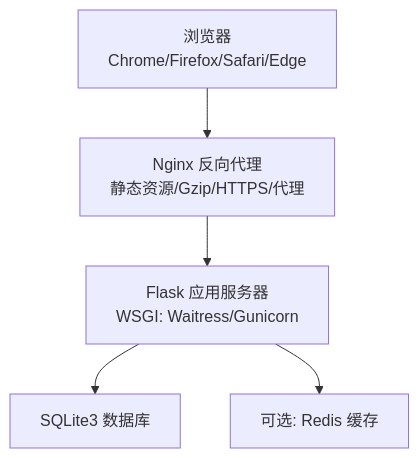
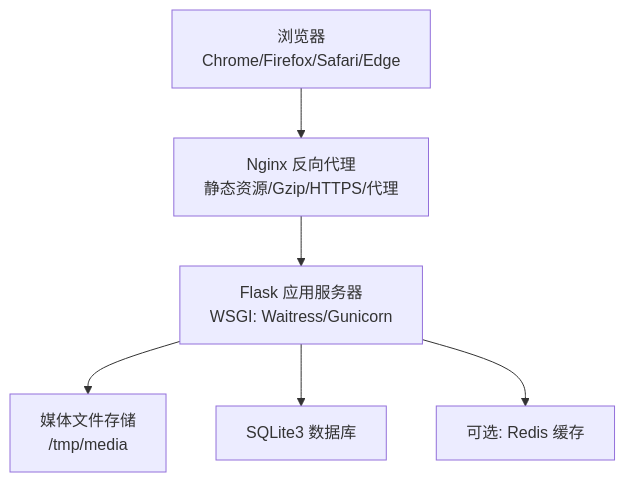
The first of 7 diagrams in .qoder/repowiki/zh/content/部署配置/Nginx反向代理配置.md (wyg5208/website_diy), drawn with Mermaid before and after one commit. The commit also changed other lines of this file and 17 other files, not shown here.

````diff
--- a/.qoder/repowiki/zh/content/部署配置/Nginx反向代理配置.md
+++ b/.qoder/repowiki/zh/content/部署配置/Nginx反向代理配置.md
@@ -35,7 +51,8 @@
 ```mermaid
 graph TB
 Browser["浏览器<br/>Chrome/Firefox/Safari/Edge"] --> Nginx["Nginx 反向代理<br/>静态资源/Gzip/HTTPS/代理"]
 Nginx --> Flask["Flask 应用服务器<br/>WSGI: Waitress/Gunicorn"]
+Flask --> Media["媒体文件存储<br/>/tmp/media"]
 Flask --> DB["SQLite3 数据库"]
 Flask --> Cache["可选: Redis 缓存"]
 ```
````
